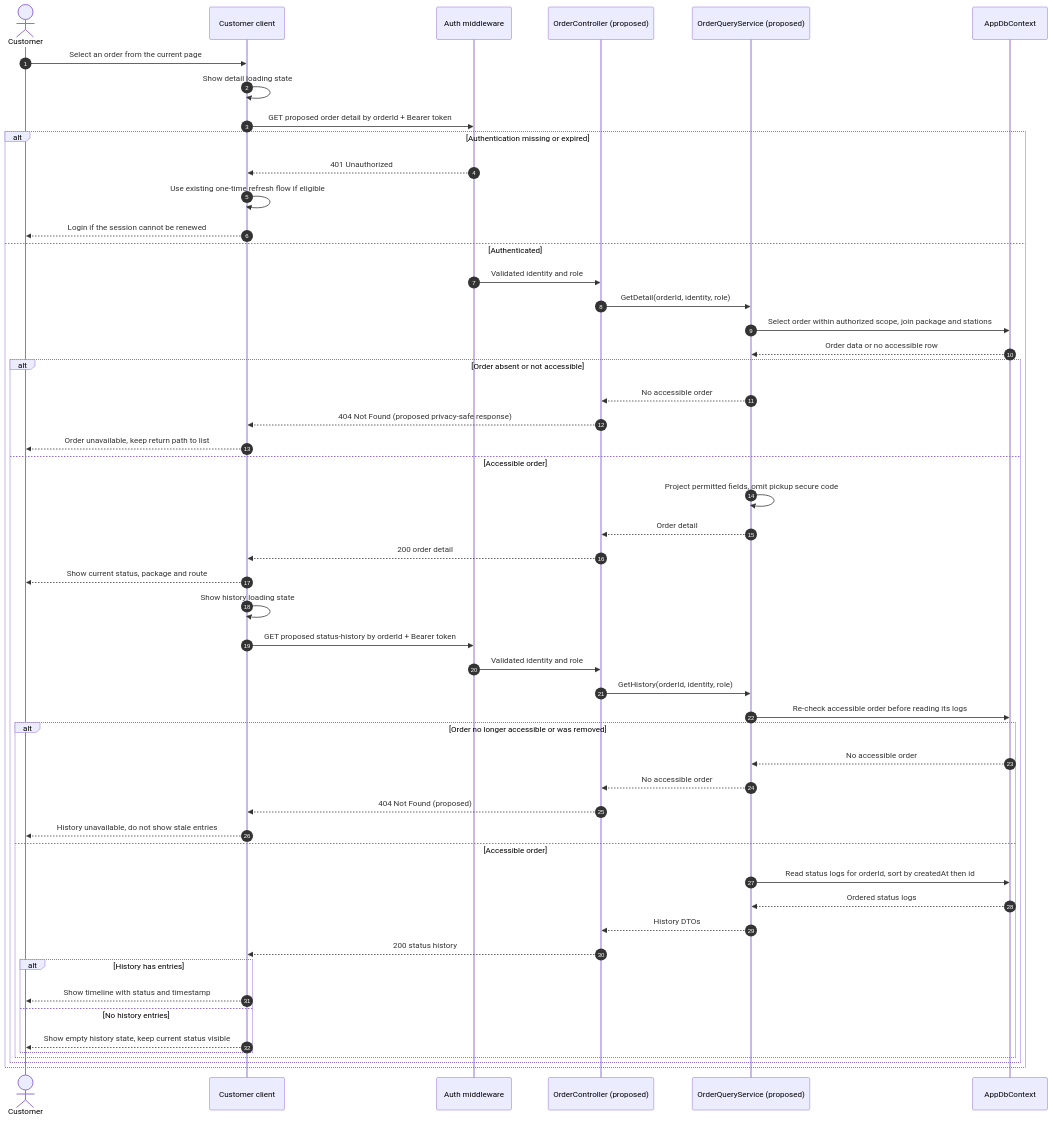
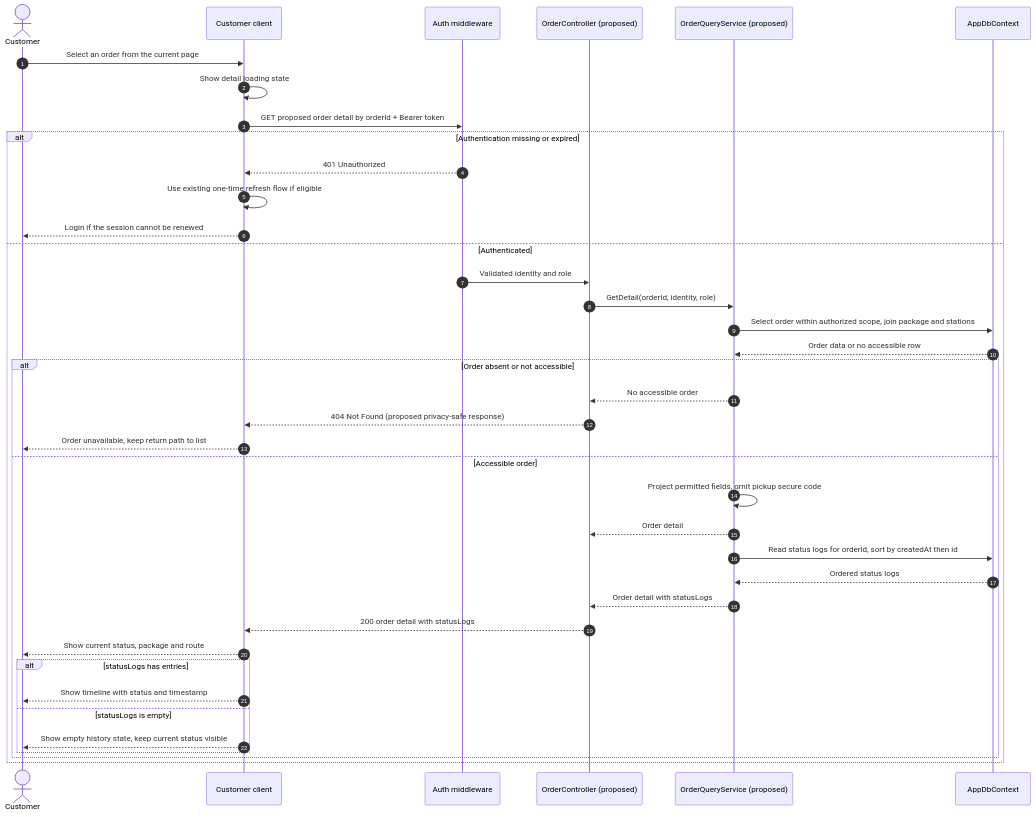
Before and after one commit to nguyentuio1/learning_app: the second of 2 diagrams in docs/design/sequence-order-list-and-details.md, drawn with Mermaid. The commit also changed other lines of this file and 7 other files, not shown here.

First line of the commit message:
LA-323: Record the decisions of the customer order API contract and align the design documents

````diff
--- a/docs/design/sequence-order-list-and-details.md
+++ b/docs/design/sequence-order-list-and-details.md
@@ -97,55 +97,42 @@
 ```mermaid
 sequenceDiagram
     autonumber
     actor Customer
     participant Client as Customer client
     participant Auth as Auth middleware
     participant Controller as OrderController (proposed)
     participant Query as OrderQueryService (proposed)
     participant DB as AppDbContext
 
     Customer->>Client: Select an order from the current page
     Client->>Client: Show detail loading state
     Client->>Auth: GET proposed order detail by orderId + Bearer token
     alt Authentication missing or expired
         Auth-->>Client: 401 Unauthorized
         Client->>Client: Use existing one-time refresh flow if eligible
         Client-->>Customer: Login if the session cannot be renewed
     else Authenticated
         Auth->>Controller: Validated identity and role
         Controller->>Query: GetDetail(orderId, identity, role)
         Query->>DB: Select order within authorized scope, join package and stations
         DB-->>Query: Order data or no accessible row
         alt Order absent or not accessible
             Query-->>Controller: No accessible order
             Controller-->>Client: 404 Not Found (proposed privacy-safe response)
             Client-->>Customer: Order unavailable, keep return path to list
         else Accessible order
             Query->>Query: Project permitted fields, omit pickup secure code
             Query-->>Controller: Order detail
-            Controller-->>Client: 200 order detail
+            Query->>DB: Read status logs for orderId, sort by createdAt then id
+            DB-->>Query: Ordered status logs
+            Query-->>Controller: Order detail with statusLogs
+            Controller-->>Client: 200 order detail with statusLogs
             Client-->>Customer: Show current status, package and route
-            Client->>Client: Show history loading state
-            Client->>Auth: GET proposed status-history by orderId + Bearer token
-            Auth->>Controller: Validated identity and role
-            Controller->>Query: GetHistory(orderId, identity, role)
-            Query->>DB: Re-check accessible order before reading its logs
-            alt Order no longer accessible or was removed
-                DB-->>Query: No accessible order
-                Query-->>Controller: No accessible order
-                Controller-->>Client: 404 Not Found (proposed)
-                Client-->>Customer: History unavailable, do not show stale entries
-            else Accessible order
-                Query->>DB: Read status logs for orderId, sort by createdAt then id
-                DB-->>Query: Ordered status logs
-                Query-->>Controller: History DTOs
-                Controller-->>Client: 200 status history
-                alt History has entries
-                    Client-->>Customer: Show timeline with status and timestamp
-                else No history entries
-                    Client-->>Customer: Show empty history state, keep current status visible
-                end
+            alt statusLogs has entries
+                Client-->>Customer: Show timeline with status and timestamp
+            else statusLogs is empty
+                Client-->>Customer: Show empty history state, keep current status visible
             end
         end
     end
 ```
````
